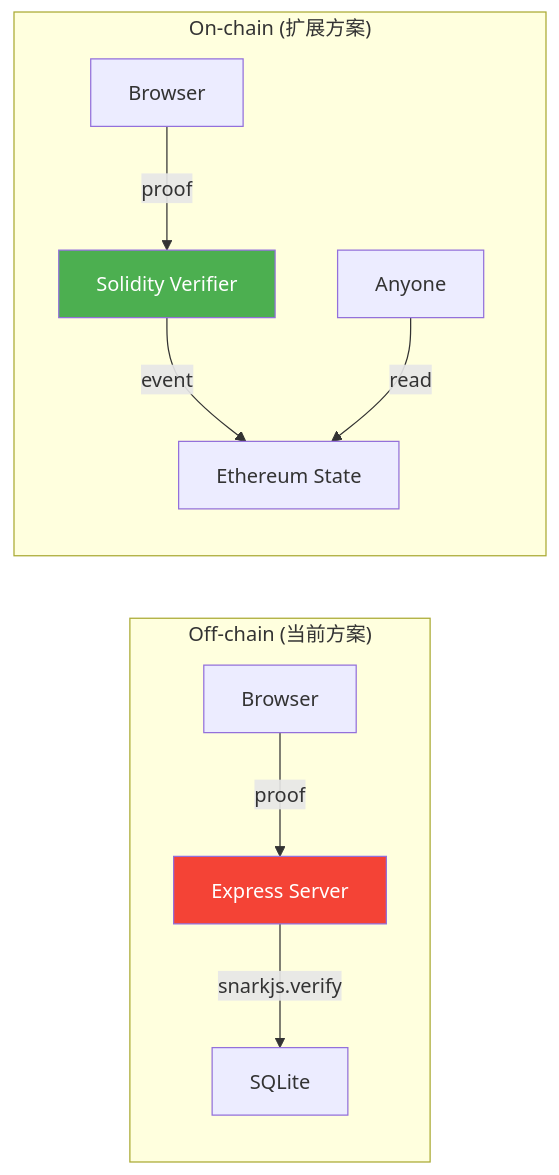
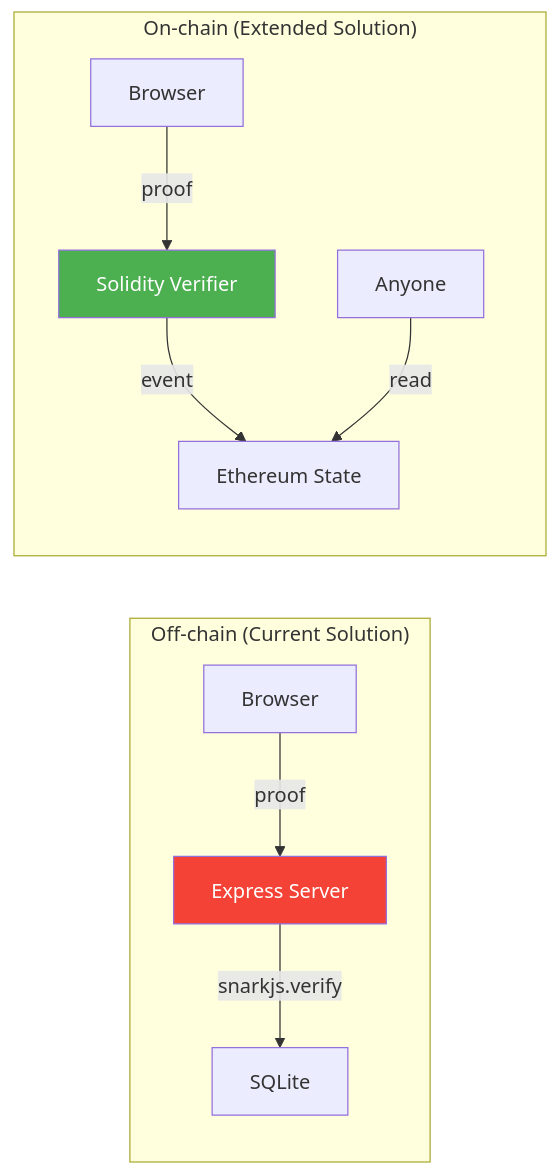
The ninth of 9 diagrams in docs/project/zkp-360-review.mdx (stars-labs/cryptograph-onboarding-trainning), drawn with Mermaid before and after one commit. The commit also changed other lines of this file and 15 other files, not shown here.

````diff
--- a/docs/project/zkp-360-review.mdx
+++ b/docs/project/zkp-360-review.mdx
@@ -1341,16 +1341,16 @@
 ```mermaid
 flowchart LR
-    subgraph "Off-chain (当前方案)"
+    subgraph "Off-chain (Current Solution)"
         A1[Browser] -->|proof| B1[Express Server]
         B1 -->|snarkjs.verify| C1[SQLite]
     end
 
-    subgraph "On-chain (扩展方案)"
+    subgraph "On-chain (Extended Solution)"
         A2[Browser] -->|proof| B2[Solidity Verifier]
         B2 -->|event| C2[Ethereum State]
         D2[Anyone] -->|read| C2
     end
 
     style B1 fill:#f44336,color:#fff
     style B2 fill:#4caf50,color:#fff
 ```
````
